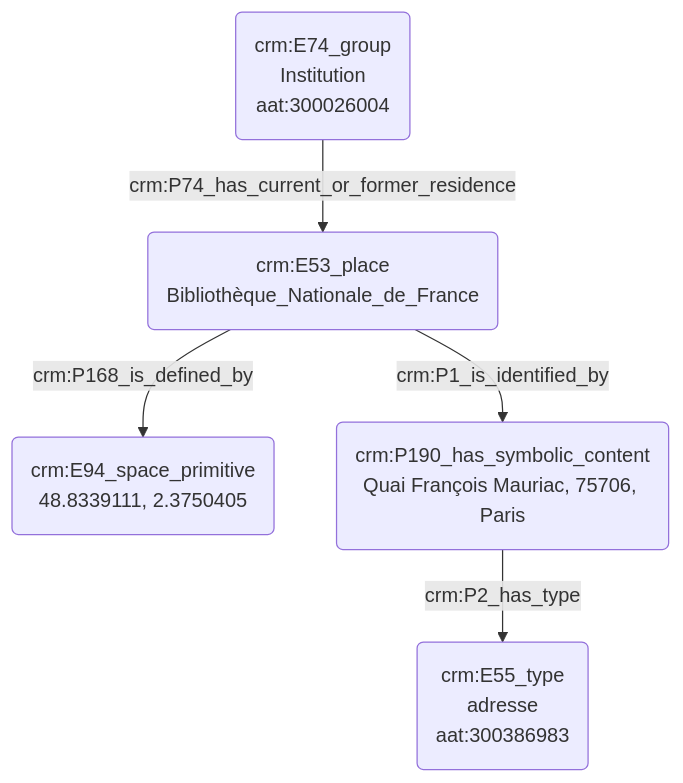
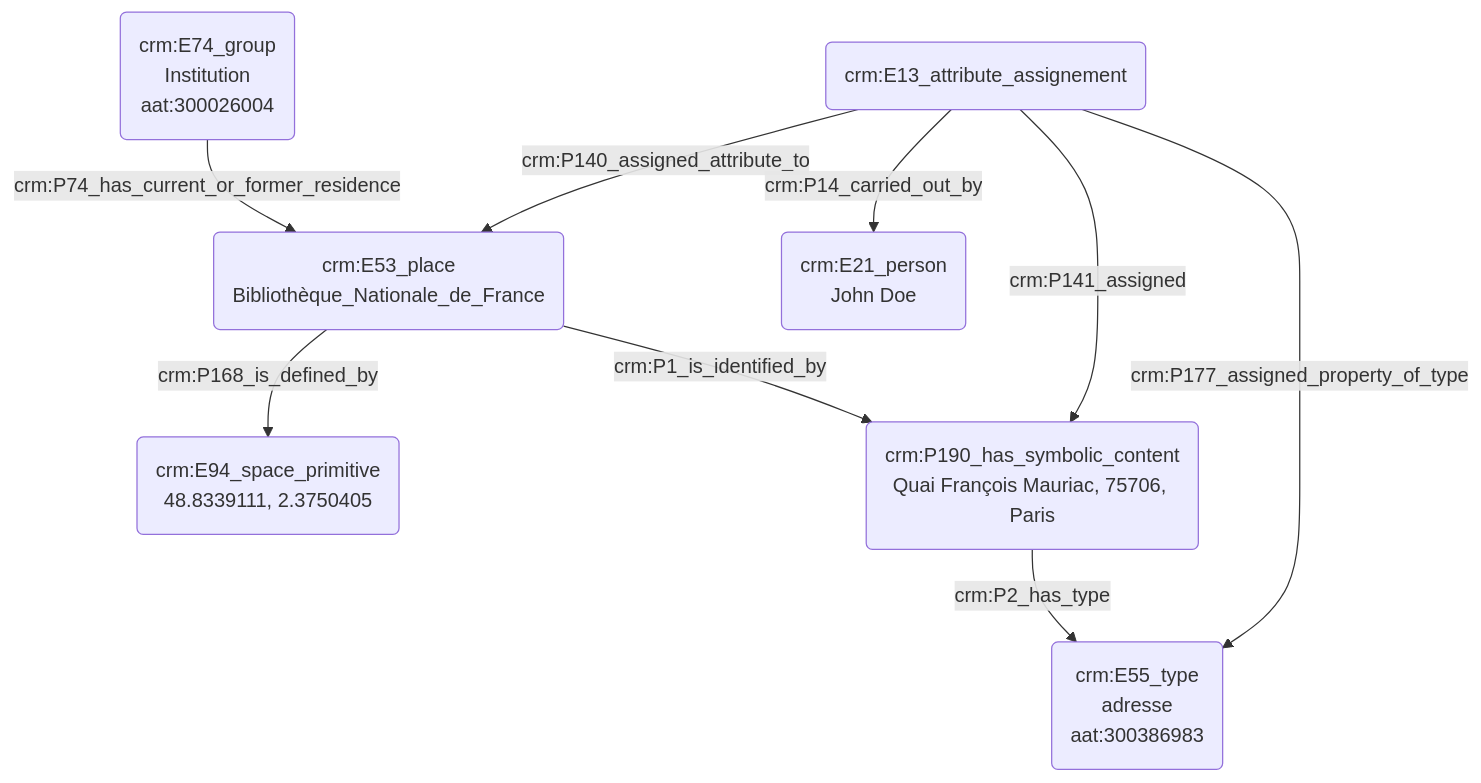
One commit to Amleth/consortium-musica2-gt2-ontologies changed the diagram in modules/livrables/Dossier 2/Indexation conceptuelle/indexation_d_un_lieu.md. Above: the diagram before and after it, drawn with Mermaid.

````diff
--- a/modules/livrables/Dossier 2/Indexation conceptuelle/indexation_d_un_lieu.md
+++ b/modules/livrables/Dossier 2/Indexation conceptuelle/indexation_d_un_lieu.md
@@ -17,9 +17,14 @@
 ```mermaid
 graph TD;
 
 A(crm:E53_place<br>Bibliothèque_Nationale_de_France) --> |crm:P168_is_defined_by| B(crm:E94_space_primitive<br>48.8339111, 2.3750405)
 C(crm:E74_group<br>Institution<br>aat:300026004) --> |crm:P74_has_current_or_former_residence| A(crm:E53_place<br>Bibliothèque_Nationale_de_France)
 A(crm:E53_place<br>Bibliothèque_Nationale_de_France) --> |crm:P1_is_identified_by| D(crm:P190_has_symbolic_content<br>Quai François Mauriac, 75706, Paris)
-D(crm:P190_has_symbolic_content<br>Quai François Mauriac, 75706, Paris) --> |crm:P2_has_type| E(crm:E55_type<br>adresse<br>aat:300386983) 
+D(crm:P190_has_symbolic_content<br>Quai François Mauriac, 75706, Paris) --> |crm:P2_has_type| E(crm:E55_type<br>adresse<br>aat:300386983)
+
+H(crm:E13_attribute_assignement) --> |crm:P140_assigned_attribute_to| A(crm:E53_place<br>Bibliothèque_Nationale_de_France) 
+H(crm:E13_attribute_assignement) --> |crm:P141_assigned| D(crm:P190_has_symbolic_content<br>Quai François Mauriac, 75706, Paris)
+H(crm:E13_attribute_assignement) --> |crm:P177_assigned_property_of_type| E(crm:E55_type<br>adresse<br>aat:300386983)
+H(crm:E13_attribute_assignement) --> |crm:P14_carried_out_by| J(crm:E21_person<br>John Doe)
 
 ```
````
